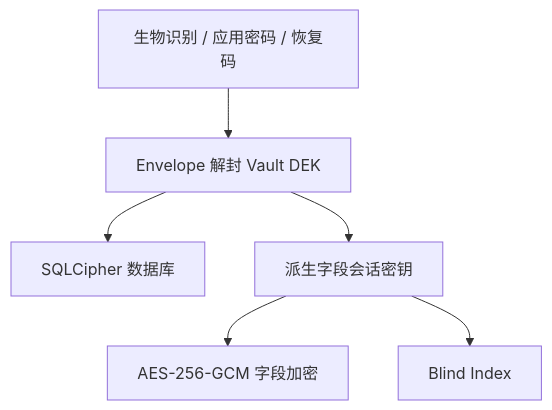
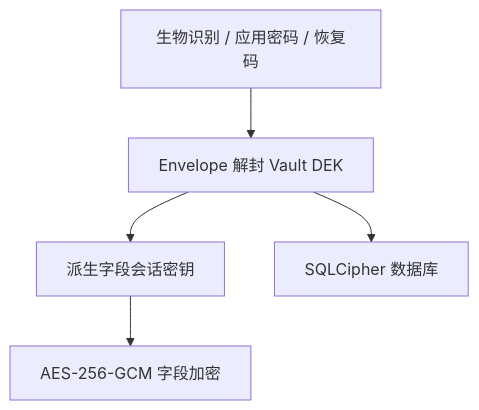
The diagram in docs/security/overview.md (aozijx/Passly), drawn with Mermaid before and after one commit. The commit also changed other lines of this file and 62 other files, not shown here.

````diff
--- a/docs/security/overview.md
+++ b/docs/security/overview.md
@@ -7,8 +7,7 @@
 ```mermaid
 flowchart TB
     Auth["生物识别 / 应用密码 / 恢复码"] --> Envelope["Envelope 解封 Vault DEK"]
-    Envelope --> DB["SQLCipher 数据库"]
     Envelope --> Session["派生字段会话密钥"]
     Session --> Field["AES-256-GCM 字段加密"]
-    Session --> Index["Blind Index"]
+    Envelope --> DB["SQLCipher 数据库"]
 ```
````
